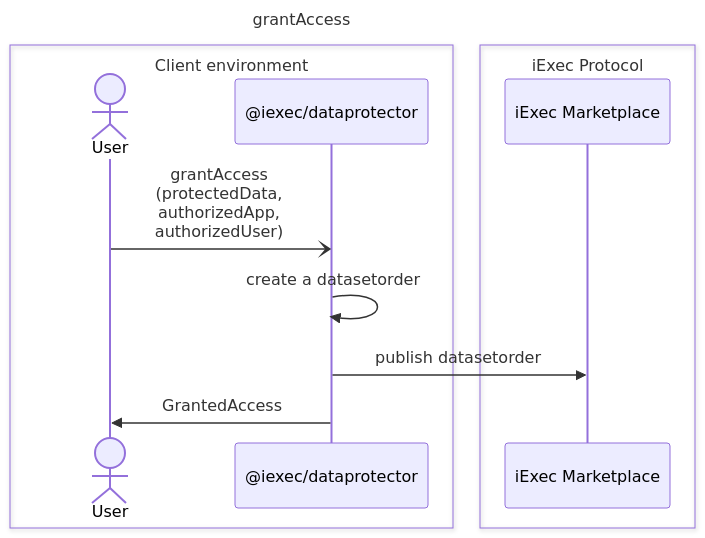
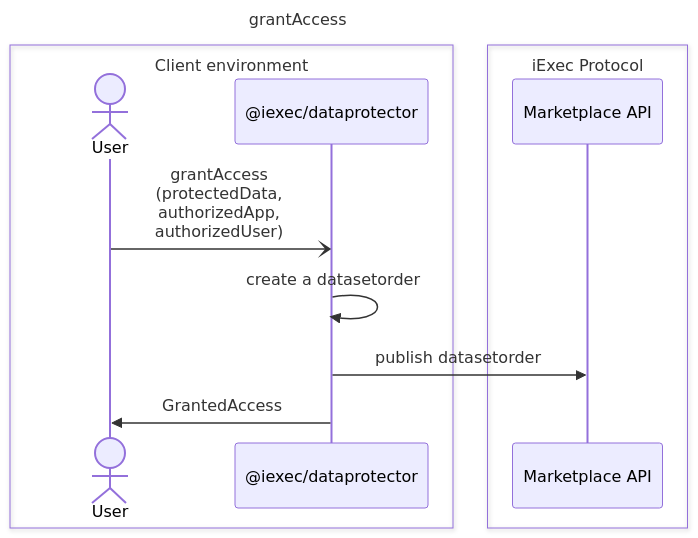
One commit to iExecBlockchainComputing/dataprotector-sdk changed the diagram in technical-design/uml/sequence-grantAccess.md. Above: the diagram before and after it, drawn with Mermaid. The commit also changed 4 other files, not shown here.

````diff
--- a/technical-design/uml/sequence-grantAccess.md
+++ b/technical-design/uml/sequence-grantAccess.md
@@ -3,20 +3,20 @@
 ```mermaid
 sequenceDiagram
     title grantAccess
 
     box Client environment
         actor User
         participant SDK as @iexec/dataprotector
     end
     box iExec Protocol
-        participant Market as iExec Marketplace
+        participant Market as Marketplace API
     end
 
     User -) SDK: grantAccess<br>(protectedData,<br>authorizedApp,<br>authorizedUser)
 
     SDK ->> SDK: create a datasetorder
 
     SDK ->> Market: publish datasetorder
 
     SDK ->> User: GrantedAccess
 ```
````
